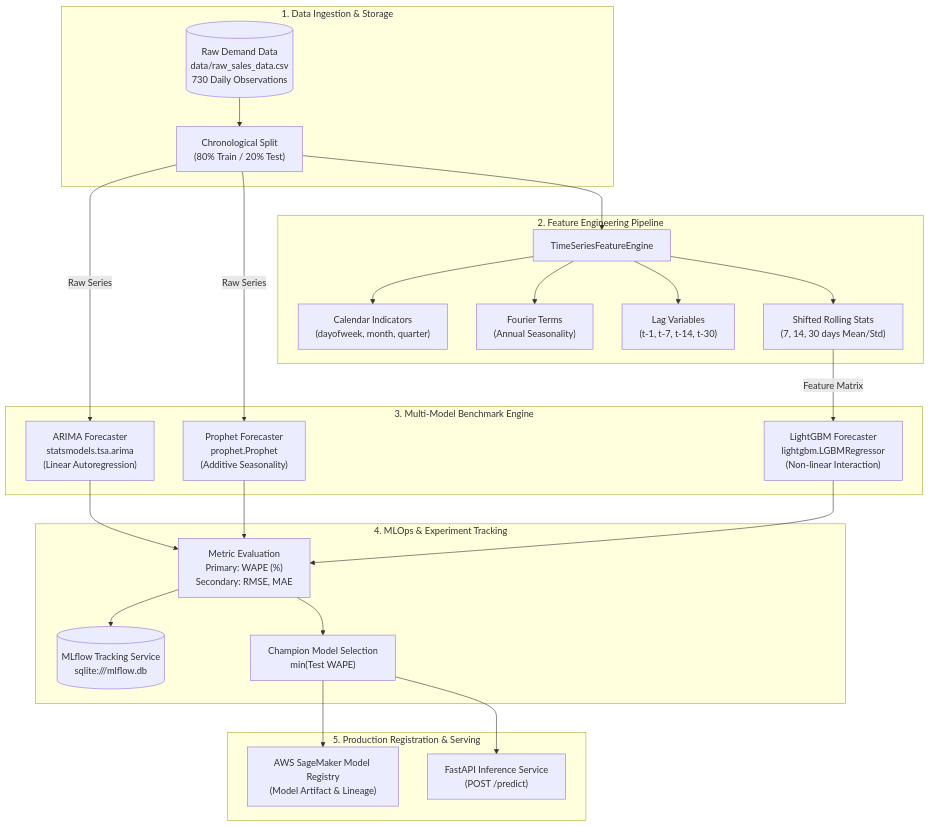
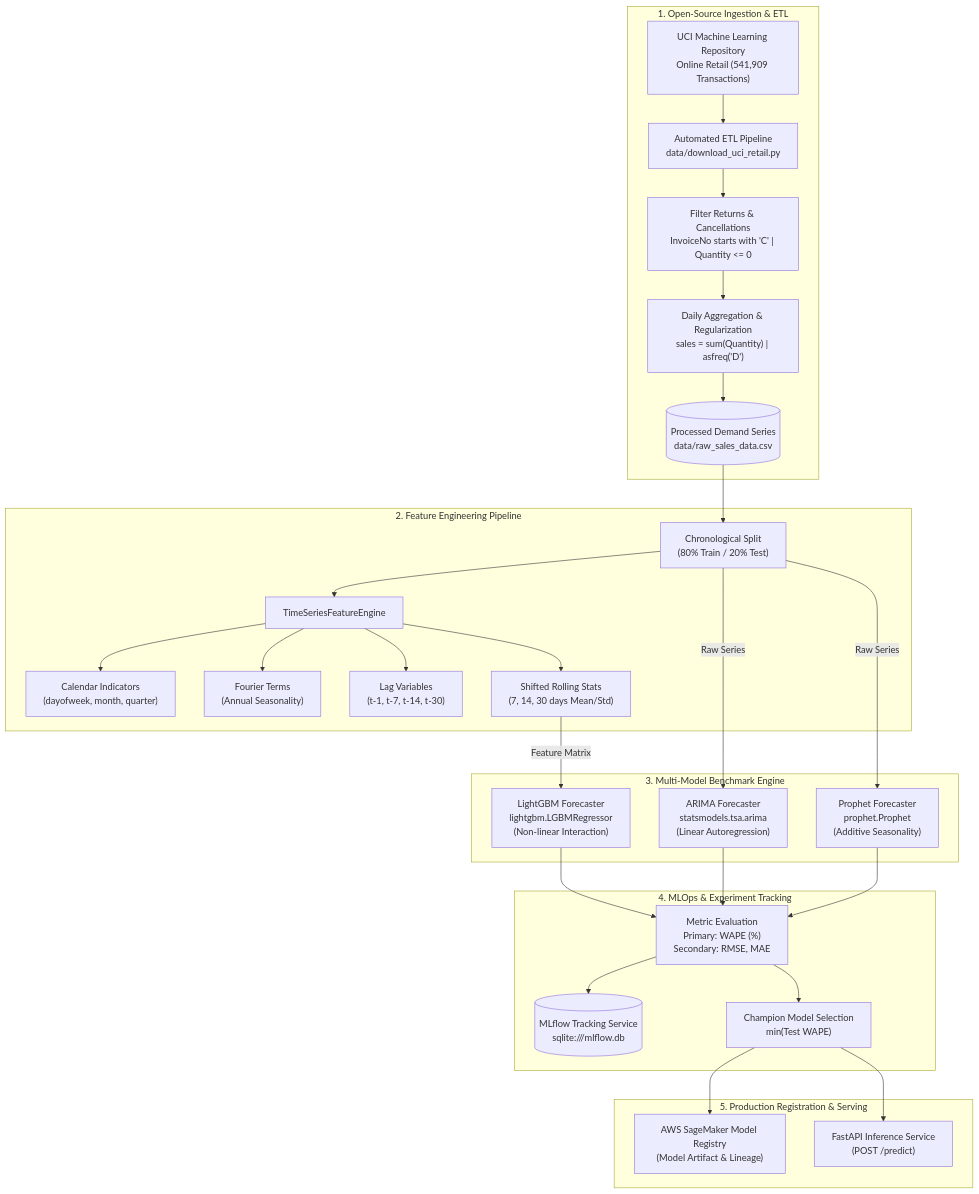
The diagram in README.md (natashasuman/demand_forcast), drawn with Mermaid before and after one commit. The commit also changed other lines of this file and 2 other files, not shown here.

Commit message:
data updating to real world data

````diff
--- a/README.md
+++ b/README.md
@@ -15,52 +14,58 @@
 ```mermaid
 flowchart TD
-    subgraph INGESTION["1. Data Ingestion & Storage"]
-        CSV[("Raw Demand Data<br/>data/raw_sales_data.csv<br/>730 Daily Observations")]
-        SPLIT["Chronological Split<br/>(80% Train / 20% Test)"]
-        CSV --> SPLIT
+    subgraph INGESTION["1. Open-Source Ingestion & ETL"]
+        UCI["UCI Machine Learning Repository<br/>Online Retail (541,909 Transactions)"]
+        ETL["Automated ETL Pipeline<br/>data/download_uci_retail.py"]
+        CLEAN["Filter Returns & Cancellations<br/>InvoiceNo starts with 'C' | Quantity <= 0"]
+        AGG["Daily Aggregation & Regularization<br/>sales = sum(Quantity) | asfreq('D')"]
+        CSV[("Processed Demand Series<br/>data/raw_sales_data.csv")]
+
+        UCI --> ETL --> CLEAN --> AGG --> CSV
     end
 
     subgraph FEATURES["2. Feature Engineering Pipeline"]
+        SPLIT["Chronological Split<br/>(80% Train / 20% Test)"]
         FE["TimeSeriesFeatureEngine"]
         CAL["Calendar Indicators<br/>(dayofweek, month, quarter)"]
         FOURIER["Fourier Terms<br/>(Annual Seasonality)"]
         LAGS["Lag Variables<br/>(t-1, t-7, t-14, t-30)"]
         ROLL["Shifted Rolling Stats<br/>(7, 14, 30 days Mean/Std)"]
-        SPLIT --> FE
+
+        CSV --> SPLIT --> FE
         FE --> CAL
         FE --> FOURIER
         FE --> LAGS
         FE --> ROLL
     end
 
     subgraph MODELS["3. Multi-Model Benchmark Engine"]
         ARIMA_M["ARIMA Forecaster<br/>statsmodels.tsa.arima<br/>(Linear Autoregression)"]
         PROPHET_M["Prophet Forecaster<br/>prophet.Prophet<br/>(Additive Seasonality)"]
         LGBM_M["LightGBM Forecaster<br/>lightgbm.LGBMRegressor<br/>(Non-linear Interaction)"]
 
         SPLIT -->|Raw Series| ARIMA_M
         SPLIT -->|Raw Series| PROPHET_M
         ROLL -->|Feature Matrix| LGBM_M
     end
 
     subgraph TRACKING["4. MLOps & Experiment Tracking"]
         MLFLOW[("MLflow Tracking Service<br/>sqlite:///mlflow.db")]
         METRICS["Metric Evaluation<br/>Primary: WAPE (%)<br/>Secondary: RMSE, MAE"]
         CHAMP["Champion Model Selection<br/>min(Test WAPE)"]
 
         ARIMA_M --> METRICS
         PROPHET_M --> METRICS
         LGBM_M --> METRICS
 
         METRICS --> MLFLOW
         METRICS --> CHAMP
     end
 
     subgraph REGISTRY["5. Production Registration & Serving"]
         SM["AWS SageMaker Model Registry<br/>(Model Artifact & Lineage)"]
         API["FastAPI Inference Service<br/>(POST /predict)"]
 
         CHAMP --> SM
         CHAMP --> API
     end
 ```
````
